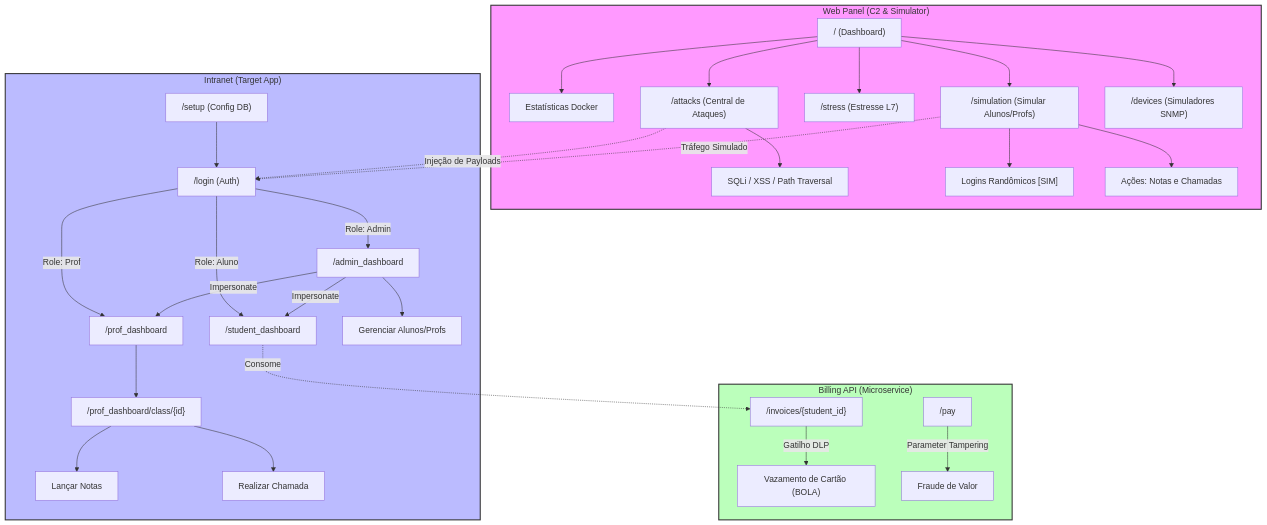
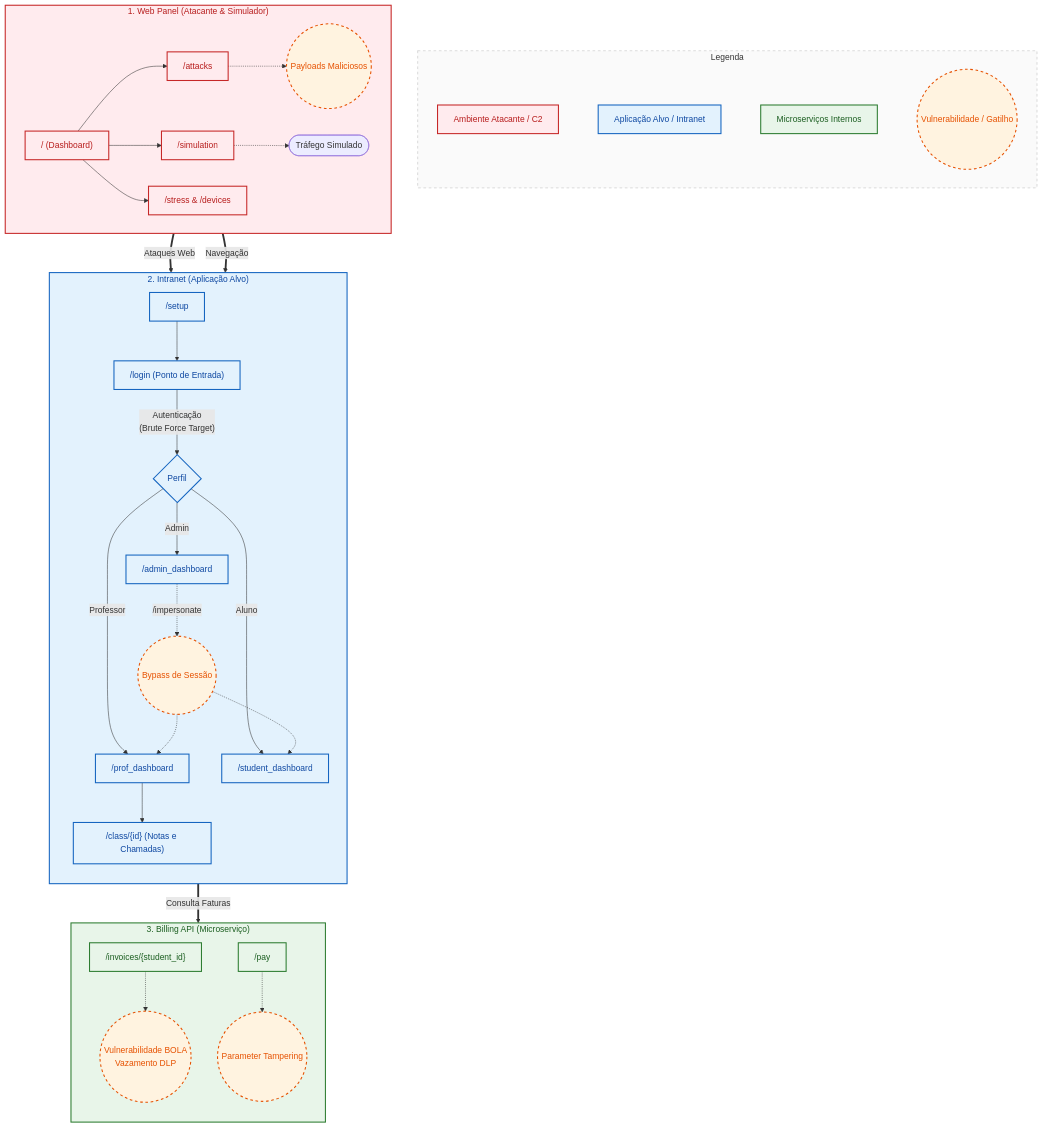
One commit to AugustoRubio/PI_5SEMESTRE_MONITORAMENTO changed the diagram in docs/diagrama_funcionalidades.md. Above: the diagram before and after it, drawn with Mermaid.

Commit message:
docs: improve mermaid diagram colors, add legend and reduce line crossings

````diff
--- a/docs/diagrama_funcionalidades.md
+++ b/docs/diagrama_funcionalidades.md
@@ -9,45 +9,82 @@
 ```mermaid
-graph TD
-    subgraph Web_Panel ["Web Panel (C2 & Simulator)"]
-        WP_Index["/ (Dashboard)"] --> WP_Stats["Estatísticas Docker"]
-        WP_Index --> WP_Attacks["/attacks (Central de Ataques)"]
-        WP_Index --> WP_Stress["/stress (Estresse L7)"]
-        WP_Index --> WP_Sim["/simulation (Simular Alunos/Profs)"]
-        WP_Index --> WP_SNMP["/devices (Simuladores SNMP)"]
+flowchart TB
+    %% ==========================================
+    %% Definição de Estilos (Cores e Formatos)
+    %% ==========================================
+    classDef attacker fill:#ffebee,stroke:#c62828,stroke-width:2px,color:#b71c1c;
+    classDef target fill:#e3f2fd,stroke:#1565c0,stroke-width:2px,color:#0d47a1;
+    classDef microservice fill:#e8f5e9,stroke:#2e7d32,stroke-width:2px,color:#1b5e20;
+    classDef vuln fill:#fff3e0,stroke:#e65100,stroke-width:2px,color:#e65100,stroke-dasharray: 5 5;
+    classDef legendStyle fill:#f5f5f5,stroke:#9e9e9e,stroke-width:1px;
+
+    %% ==========================================
+    %% Legenda (Subgrafo visual)
+    %% ==========================================
+    subgraph Legenda
+        L1[Ambiente Atacante / C2]:::attacker
+        L2[Aplicação Alvo / Intranet]:::target
+        L3[Microserviços Internos]:::microservice
+        L4((Vulnerabilidade / Gatilho)):::vuln
+    end
+    
+    %% Ocultar conexões da legenda
+    L1 ~~~ L2 ~~~ L3 ~~~ L4
+    style Legenda fill:#fafafa,stroke:#bdbdbd,stroke-width:1px,stroke-dasharray: 5 5
+
+    %% ==========================================
+    %% Blocos Principais
+    %% ==========================================
+    
+    subgraph Web_Panel ["1. Web Panel (Atacante & Simulador)"]
+        direction LR
+        WP_Index["/ (Dashboard)"]
         
-        WP_Attacks --> ATK_SQLI["SQLi / XSS / Path Traversal"]
-        WP_Sim --> SIM_LOGIN["Logins Randômicos [SIM]"]
-        WP_Sim --> SIM_ACT["Ações: Notas e Chamadas"]
+        WP_Index --> WP_Attacks["/attacks"]
+        WP_Index --> WP_Sim["/simulation"]
+        WP_Index --> WP_Misc["/stress & /devices"]
+        
+        WP_Attacks -.-> ATK_Payloads((Payloads Maliciosos)):::vuln
+        WP_Sim -.-> SIM_Traffic([Tráfego Simulado])
     end
 
-    subgraph Intranet_Web ["Intranet (Target App)"]
-        INT_Setup["/setup (Config DB)"] --> INT_Login["/login (Auth)"]
-        INT_Login -- "Role: Admin" --> INT_Admin["/admin_dashboard"]
-        INT_Login -- "Role: Prof" --> INT_Prof["/prof_dashboard"]
-        INT_Login -- "Role: Aluno" --> INT_Stud["/student_dashboard"]
+    subgraph Intranet_Web ["2. Intranet (Aplicação Alvo)"]
+        direction TB
+        INT_Setup["/setup"] --> INT_Login["/login (Ponto de Entrada)"]
+        
+        INT_Login --> |"Autenticação\n(Brute Force Target)"| RoleRouter{Perfil}
+        
+        RoleRouter -- "Admin" --> INT_Admin["/admin_dashboard"]
+        RoleRouter -- "Professor" --> INT_Prof["/prof_dashboard"]
+        RoleRouter -- "Aluno" --> INT_Stud["/student_dashboard"]
 
-        INT_Admin -- "Impersonate" --> INT_Prof
-        INT_Admin -- "Impersonate" --> INT_Stud
+        %% Detalhes Internos
+        INT_Prof --> INT_Class["/class/{id} (Notas e Chamadas)"]
         
-        INT_Prof --> INT_Class["/prof_dashboard/class/{id}"]
-        INT_Class --> INT_Grade["Lançar Notas"]
-        INT_Class --> INT_Attend["Realizar Chamada"]
-
-        INT_Admin --> INT_Users["Gerenciar Alunos/Profs"]
+        %% Funcionalidade sensível
+        INT_Admin -.-> |"/impersonate"| Vuln_Impersonate((Bypass de Sessão)):::vuln
+        Vuln_Impersonate -.-> INT_Prof
+        Vuln_Impersonate -.-> INT_Stud
     end
 
-    subgraph SOA_Billing ["Billing API (Microservice)"]
-        BILL_Invoices["/invoices/{student_id}"] -- "Gatilho DLP" --> BILL_Data["Vazamento de Cartão (BOLA)"]
-        BILL_Pay["/pay"] -- "Parameter Tampering" --> BILL_Fraud["Fraude de Valor"]
+    subgraph SOA_Billing ["3. Billing API (Microserviço)"]
+        direction TB
+        BILL_Invoices["/invoices/{student_id}"] -.-> Vuln_BOLA((Vulnerabilidade BOLA\nVazamento DLP)):::vuln
+        BILL_Pay["/pay"] -.-> Vuln_Fraud((Parameter Tampering)):::vuln
     end
 
-    %% Conexões de Interação
-    WP_Attacks -.->|Injeção de Payloads| INT_Login
-    WP_Sim -.->|Tráfego Simulado| INT_Login
-    INT_Stud -.->|Consome| BILL_Invoices
+    %% ==========================================
+    %% Conexões Inter-Sistemas (Desenhadas para evitar cruzamentos)
+    %% ==========================================
     
-    %% Estilização
-    style Web_Panel fill:#f9f,stroke:#333,stroke-width:2px
-    style Intranet_Web fill:#bbf,stroke:#333,stroke-width:2px
-    style SOA_Billing fill:#bfb,stroke:#333,stroke-width:2px
+    %% Conectando o Atacante ao Alvo
+    ATK_Payloads ==> |"Ataques Web"| INT_Login
+    SIM_Traffic ==> |"Navegação"| INT_Login
+    
+    %% Conectando o Alvo ao Microserviço
+    INT_Stud ==> |"Consulta Faturas"| BILL_Invoices
+
+    %% Aplicando as classes principais aos subgrafos (mermaid trick: apply to nodes)
+    class Web_Panel,WP_Index,WP_Attacks,WP_Sim,WP_Misc attacker;
+    class Intranet_Web,INT_Setup,INT_Login,RoleRouter,INT_Admin,INT_Prof,INT_Stud,INT_Class target;
+    class SOA_Billing,BILL_Invoices,BILL_Pay microservice;
 ```
````
